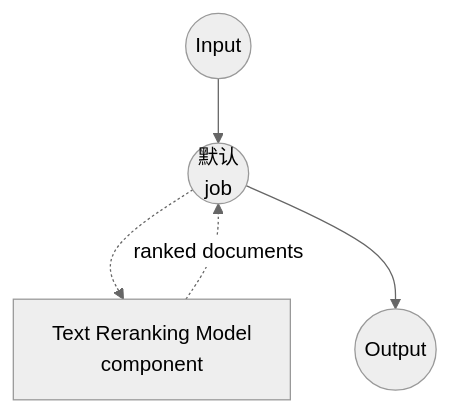
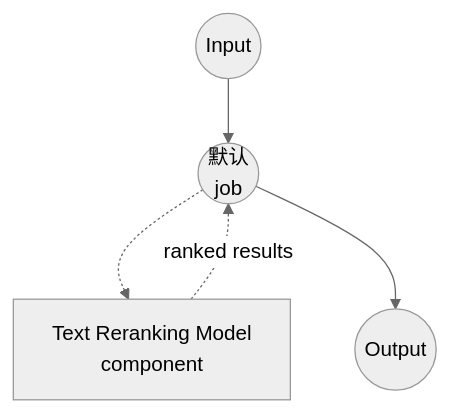
One commit to hanyeol/model-compose changed the diagram in examples/model-tasks/text-reranking/README.zh-cn.md. Above: the diagram before and after it, drawn with Mermaid (neutral theme). The commit also changed other lines of this file and 25 other files, not shown here.

````diff
--- a/examples/model-tasks/text-reranking/README.zh-cn.md
+++ b/examples/model-tasks/text-reranking/README.zh-cn.md
@@ -127,16 +130,16 @@
 ```mermaid
 graph TD
     %% Default job (implicit)
     J1((默认<br/>job))
 
     %% Component
     C1[Text Reranking Model<br/>component]
 
     %% Job to component connections
     J1 -.-> C1
-    C1 -.-> |ranked documents| J1
+    C1 -.-> |ranked results| J1
 
     %% Input/Output
     Input((Input)) --> J1
     J1 --> Output((Output))
 ```
````
